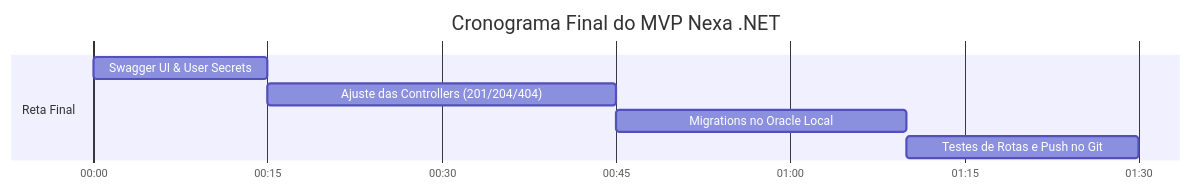
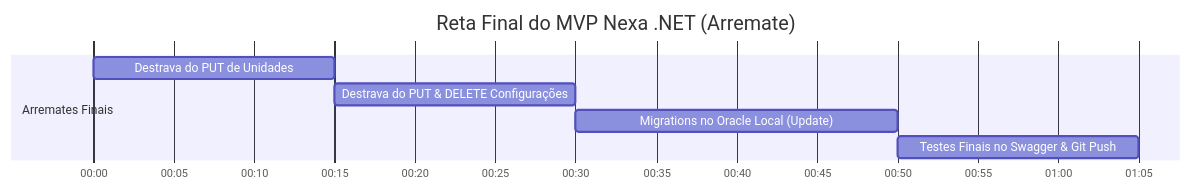
Before and after one commit to NexaGS/nexa-dotnet-gestao: the diagram in Nexa.Dotnet/Docs/PLANO-DESENVOLVIMENTO-GUIA.md, drawn with Mermaid. The commit also changed other lines of this file and 9 other files, not shown here.

````diff
--- a/Nexa.Dotnet/Docs/PLANO-DESENVOLVIMENTO-GUIA.md
+++ b/Nexa.Dotnet/Docs/PLANO-DESENVOLVIMENTO-GUIA.md
@@ -16,12 +16,12 @@
 ```mermaid
 gantt
-    title Cronograma Final do MVP Nexa .NET
+    title Reta Final do MVP Nexa .NET (Arremate)
     dateFormat  HH:mm
     axisFormat  %H:%M
     
-    section Reta Final
-    Swagger UI & User Secrets          :done1, 00:00, 15m
-    Ajuste das Controllers (201/204/404) :done2, after done1, 30m
-    Migrations no Oracle Local           :done3, after done2, 25m
-    Testes de Rotas e Push no Git        :done4, after done3, 20m
+    section Arremates Finais
+    Destrava do PUT de Unidades           :done1, 00:00, 15m
+    Destrava do PUT & DELETE Configurações :done2, after done1, 15m
+    Migrations no Oracle Local (Update)    :done3, after done2, 20m
+    Testes Finais no Swagger & Git Push    :done4, after done3, 15m
 ```
````
